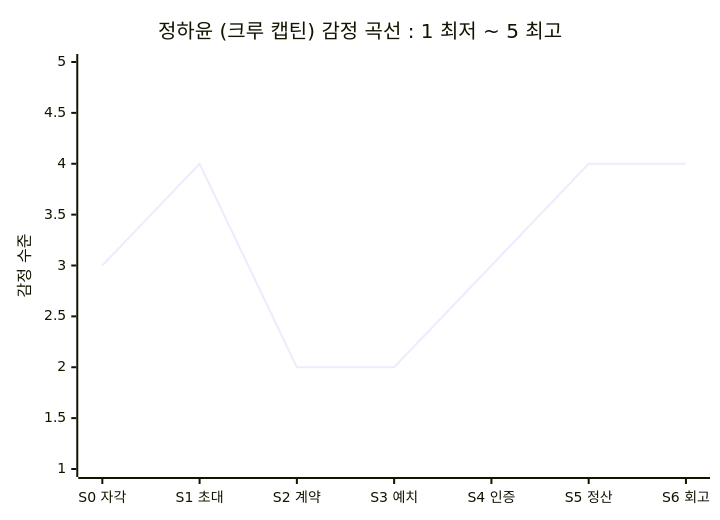
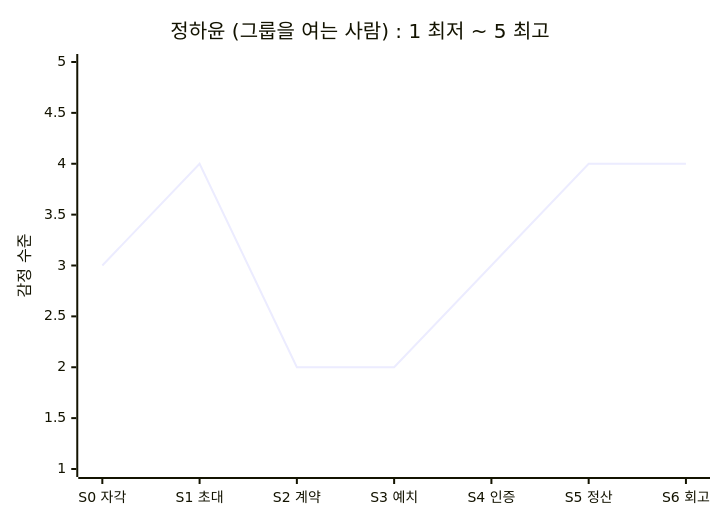
Before and after one commit to new-rim/business-research-practice-2026-sesac: the second of 3 diagrams in 05-personas/customer-journey-map.md, drawn with Mermaid. The commit also changed other lines of this file, not shown here.

````diff
--- a/05-personas/customer-journey-map.md
+++ b/05-personas/customer-journey-map.md
@@ -140,7 +159,7 @@
 ```mermaid
 xychart-beta
-    title "정하윤 (크루 캡틴) 감정 곡선 : 1 최저 ~ 5 최고"
+    title "정하윤 (그룹을 여는 사람) : 1 최저 ~ 5 최고"
     x-axis ["S0 자각", "S1 초대", "S2 계약", "S3 예치", "S4 인증", "S5 정산", "S6 회고"]
     y-axis "감정 수준" 1 --> 5
     line [3, 4, 2, 2, 3, 4, 4]
 ```
````
